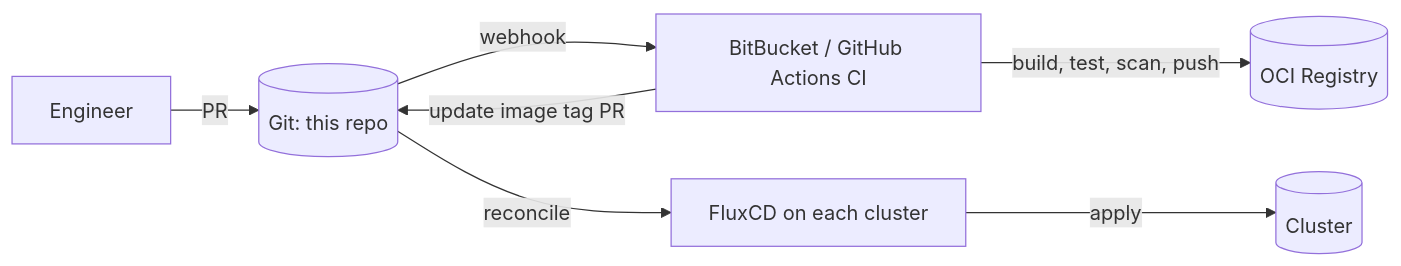
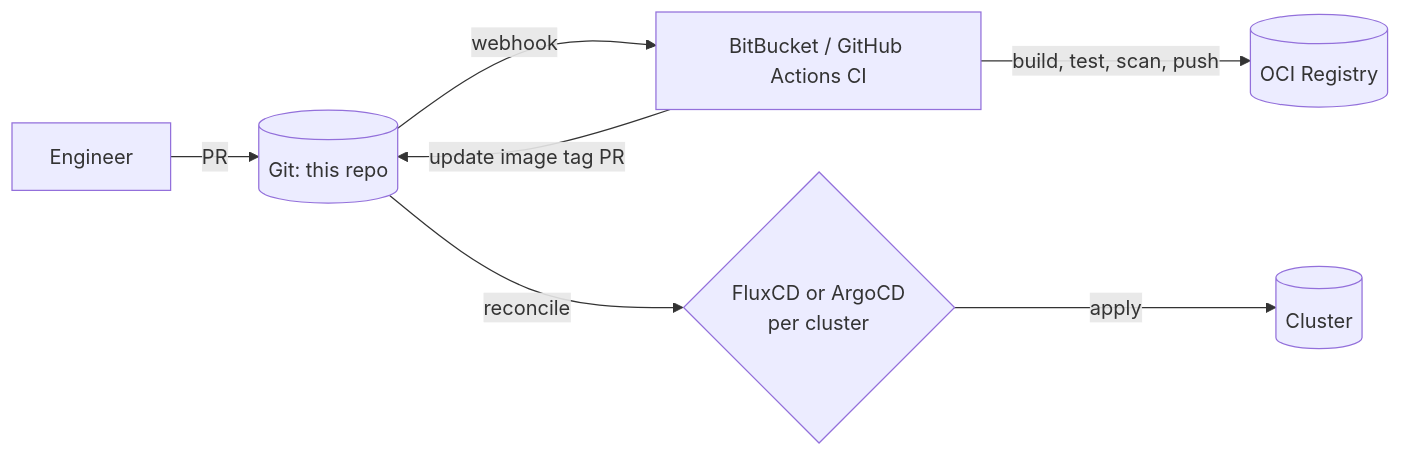
The second of 2 diagrams in ARCHITECTURE.md (Here2ServeU/nawex-ai-ml-infrastructure), drawn with Mermaid before and after one commit. The commit also changed other lines of this file and 21 other files, not shown here.

First line of the commit message:
feat: add ArgoCD as alternative GitOps tool

````diff
--- a/ARCHITECTURE.md
+++ b/ARCHITECTURE.md
@@ -89,9 +89,9 @@
 ```mermaid
 flowchart LR
   Dev[Engineer] -->|PR| Repo[(Git: this repo)]
   Repo -->|webhook| CI[BitBucket / GitHub Actions CI]
   CI -->|build, test, scan, push| REG[(OCI Registry)]
   CI -->|update image tag PR| Repo
-  Repo -->|reconcile| Flux[FluxCD on each cluster]
-  Flux -->|apply| K8s[(Cluster)]
+  Repo -->|reconcile| GitOps{FluxCD or ArgoCD<br/>per cluster}
+  GitOps -->|apply| K8s[(Cluster)]
 ```
````
